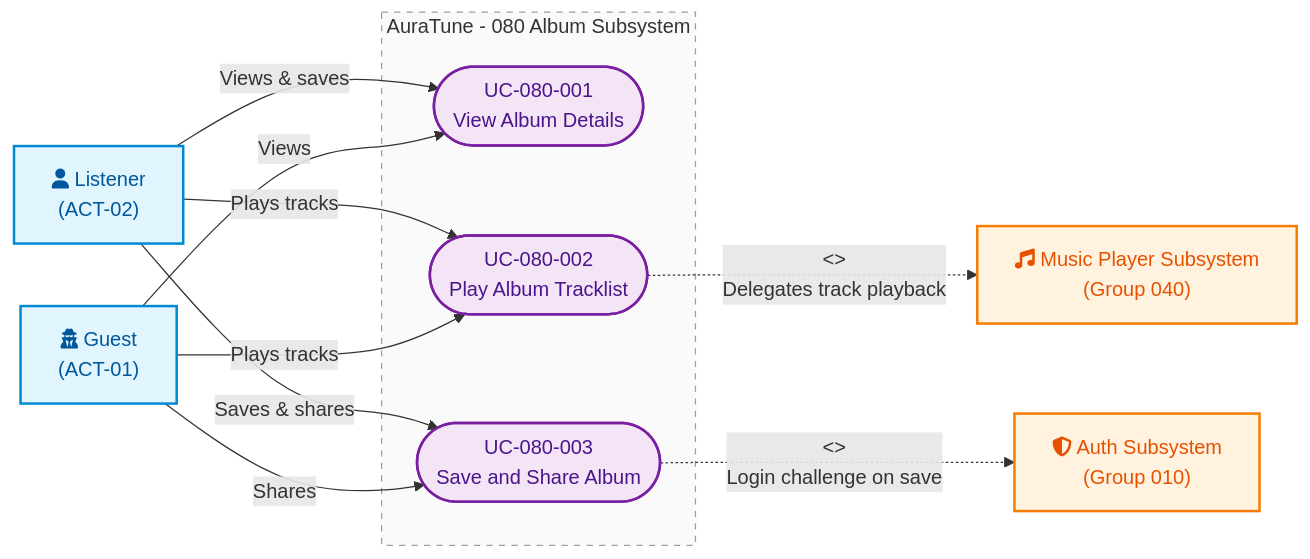
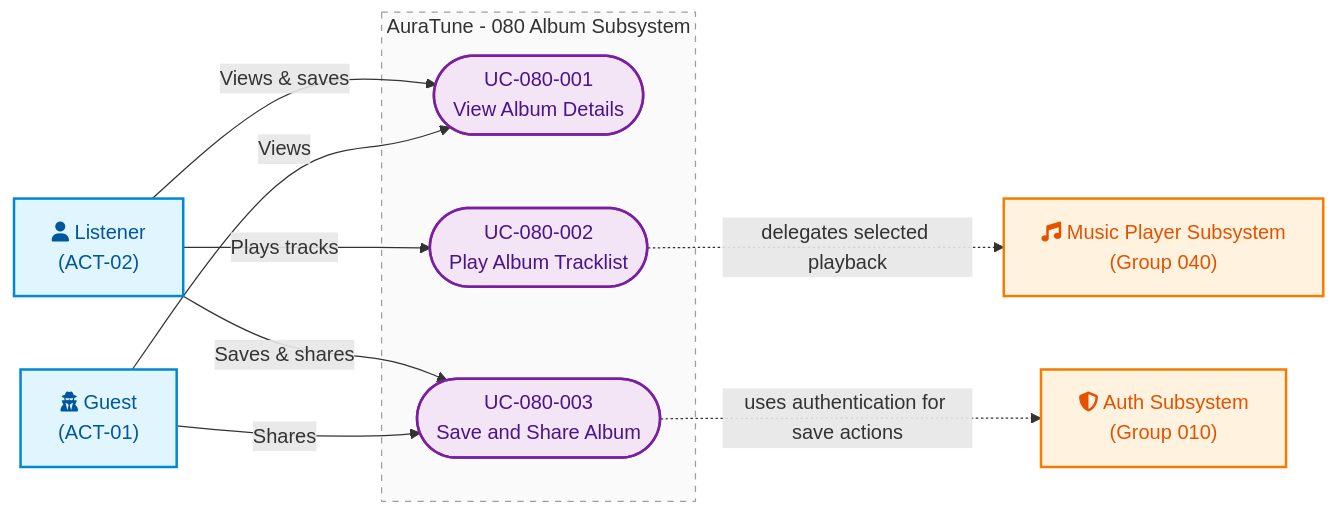
Before and after one commit to lecongminhnhut/AuraTune_G10: the diagram in docs/requirements/use-cases/080-album-interaction/README.md, drawn with Mermaid. The commit also changed other lines of this file and 11 other files, not shown here.

````diff
--- a/docs/requirements/use-cases/080-album-interaction/README.md
+++ b/docs/requirements/use-cases/080-album-interaction/README.md
@@ -82,39 +82,38 @@
 ```mermaid
 flowchart LR
     %% Actors
     Listener["fa:fa-user Listener<br>(ACT-02)"]
     Guest["fa:fa-user-secret Guest<br>(ACT-01)"]
     Player["fa:fa-music Music Player Subsystem<br>(Group 040)"]
     Auth["fa:fa-shield-alt Auth Subsystem<br>(Group 010)"]
 
     %% System Boundary
     subgraph G080["AuraTune - 080 Album Subsystem"]
         UC080_1(["UC-080-001<br>View Album Details"])
         UC080_2(["UC-080-002<br>Play Album Tracklist"])
         UC080_3(["UC-080-003<br>Save and Share Album"])
     end
 
     %% Human Actor Associations
     Listener -->|Views & saves| UC080_1
     Listener -->|Plays tracks| UC080_2
     Listener -->|Saves & shares| UC080_3
     
     Guest -->|Views| UC080_1
-    Guest -->|Plays tracks| UC080_2
     Guest -->|Shares| UC080_3
 
-    %% External & Subsystem Associations
-    UC080_2 -.->|<<include>><br>Delegates track playback| Player
-    UC080_3 -.->|<<extend>><br>Login challenge on save| Auth
+    %% Optional cross-group dependencies
+    UC080_2 -.->|delegates selected playback| Player
+    UC080_3 -.->|uses authentication for save actions| Auth
 
     %% Styling
     classDef actor fill:#e1f5fe,stroke:#0288d1,stroke-width:2px,color:#01579b;
     classDef external fill:#fff3e0,stroke:#f57c00,stroke-width:2px,color:#e65100;
     classDef usecase fill:#f3e5f5,stroke:#7b1fa2,stroke-width:2px,color:#4a148c;
     classDef system fill:#fafafa,stroke:#9e9e9e,stroke-width:1px,stroke-dasharray: 5 5;
 
     class Listener,Guest actor;
     class Player,Auth external;
     class UC080_1,UC080_2,UC080_3 usecase;
     class G080 system;
 ```
````
